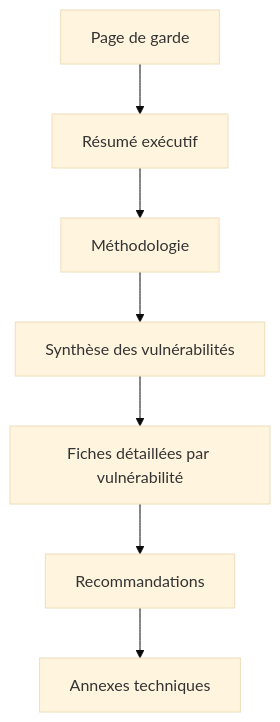
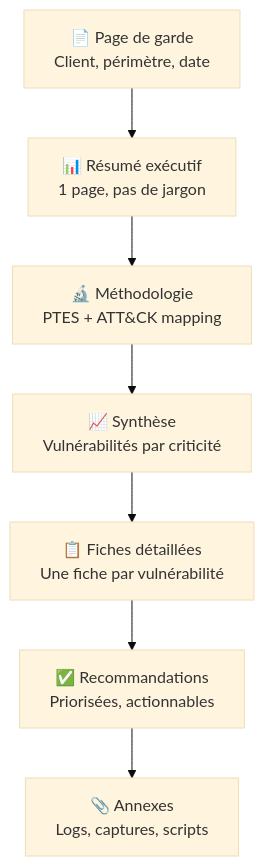
One commit to yugmerabtene/techniques-de-hacking-niveau-1 changed the first of 3 diagrams in JOUR-05.md. Above: the diagram before and after it, drawn with Mermaid (base theme). The commit also changed other lines of this file and 18 other files, not shown here.

````diff
--- a/JOUR-05.md
+++ b/JOUR-05.md
@@ -37,9 +40,9 @@
 ```mermaid
 flowchart TB
-    A[Page de garde] --> B[Résumé exécutif]
-    B --> C[Méthodologie]
-    C --> D[Synthèse des vulnérabilités]
-    D --> E[Fiches détaillées par vulnérabilité]
-    E --> F[Recommandations]
-    F --> G[Annexes techniques]
+    A["📄 Page de garde<br/>Client, périmètre, date"] --> B["📊 Résumé exécutif<br/>1 page, pas de jargon"]
+    B --> C["🔬 Méthodologie<br/>PTES + ATT&CK mapping"]
+    C --> D["📈 Synthèse<br/>Vulnérabilités par criticité"]
+    D --> E["📋 Fiches détaillées<br/>Une fiche par vulnérabilité"]
+    E --> F["✅ Recommandations<br/>Priorisées, actionnables"]
+    F --> G["📎 Annexes<br/>Logs, captures, scripts"]
 ```
````
